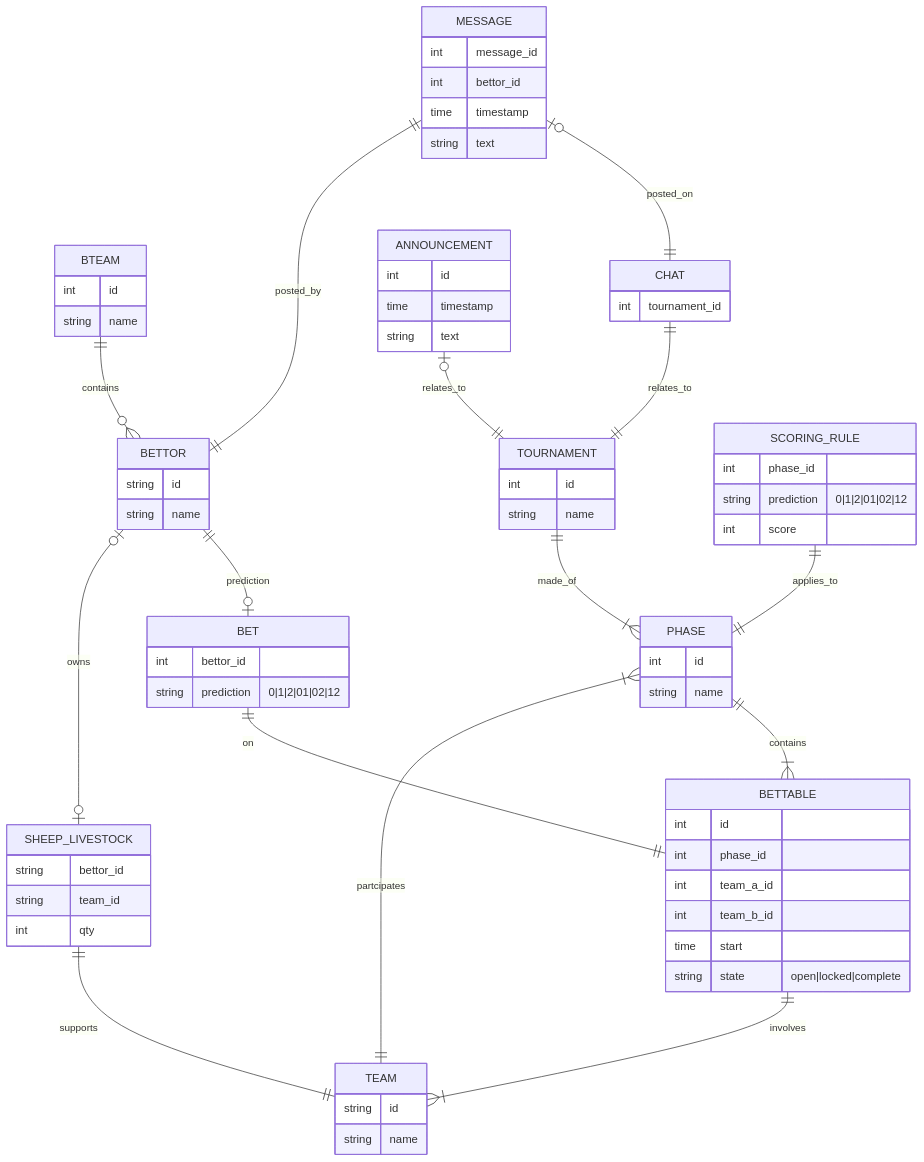
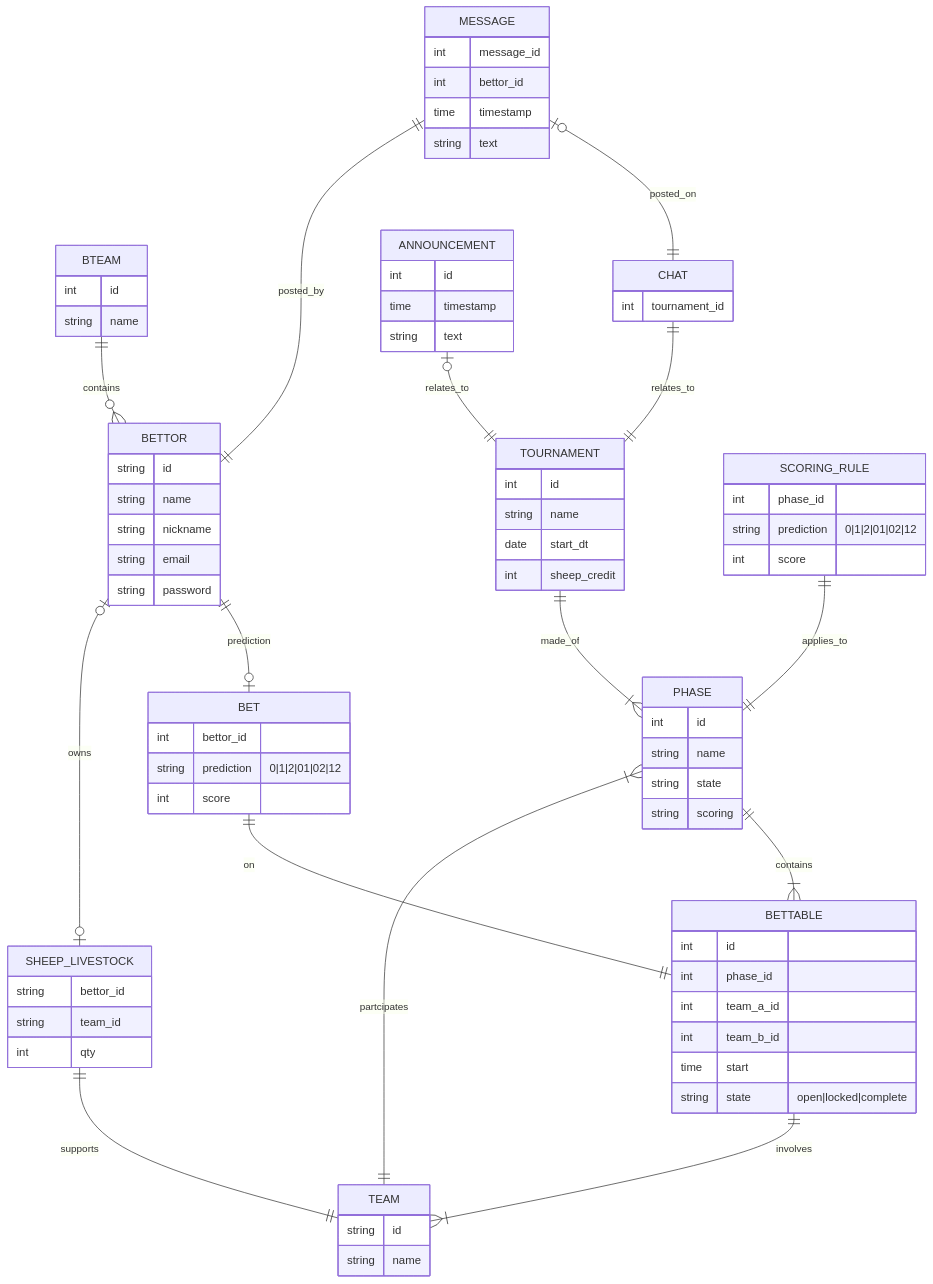
Before and after one commit to acttalkbali/Betty: the diagram in full_model.mmd, drawn with Mermaid. The commit also changed 2 other files, not shown here.

```diff
--- a/full_model.mmd
+++ b/full_model.mmd
@@ -1,74 +1,82 @@
 erDiagram
     TOURNAMENT ||--|{ PHASE : made_of
     TEAM ||--|{ PHASE : partcipates
     PHASE ||--|{ BETTABLE : contains
     BTEAM ||--o{ BETTOR : contains
     BETTOR ||--o| BET : prediction
     BETTOR o|--o| SHEEP_LIVESTOCK : owns
     SHEEP_LIVESTOCK ||--|| TEAM : supports
     BET ||--|| BETTABLE : on
     BETTABLE ||--|{ TEAM : involves
     CHAT ||--|| TOURNAMENT : relates_to
     MESSAGE |o--|| CHAT : posted_on
     MESSAGE ||--|| BETTOR : posted_by
     ANNOUNCEMENT |o--|| TOURNAMENT : relates_to
     SCORING_RULE ||--|| PHASE : applies_to
 
     TOURNAMENT {
         int id
         string name
+        date start_dt
+        int sheep_credit
     }
 
     BETTABLE {
         int id
         int phase_id
         int team_a_id
         int team_b_id
         time start
         string state "open|locked|complete"
     }
     BETTOR {
         string id
         string name
+        string nickname
+        string email
+        string password
     }
     BET {
         int bettor_id
         string prediction "0|1|2|01|02|12"
+        int score
     }
     TEAM {
         string id
         string name
     }
     PHASE {
         int id
         string name
+        string state
+        string scoring
     }
     BTEAM {
         int id
         string name
     }
     SHEEP_LIVESTOCK {
         string bettor_id
         string team_id
         int qty
     }
     CHAT {
         int tournament_id
     }
     MESSAGE {
         int message_id
         int bettor_id
         time timestamp
         string text
     }
     ANNOUNCEMENT {
         int id
         time timestamp
         string text
     }
 
     SCORING_RULE {
         int phase_id
         string prediction "0|1|2|01|02|12"
         int score
     }
```
